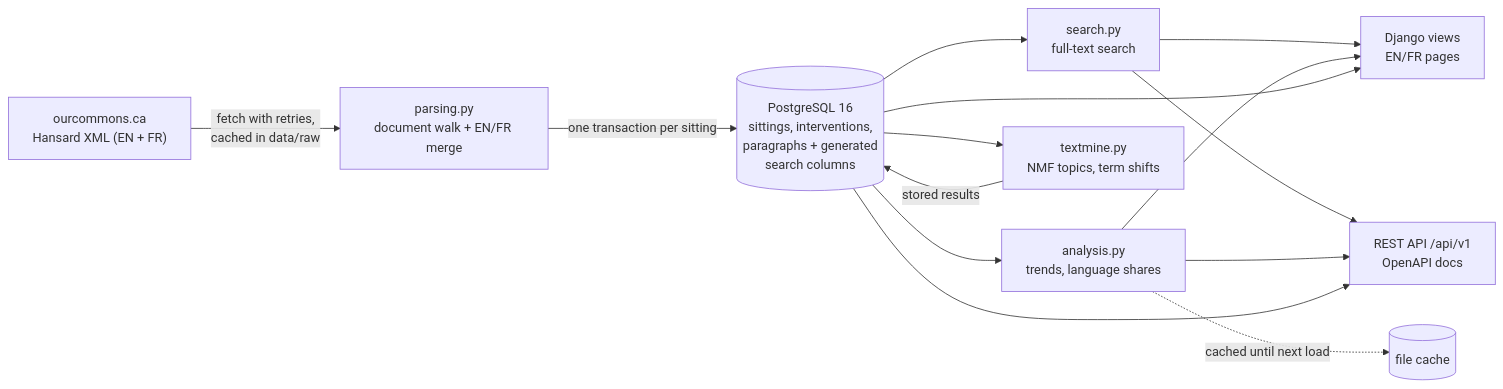
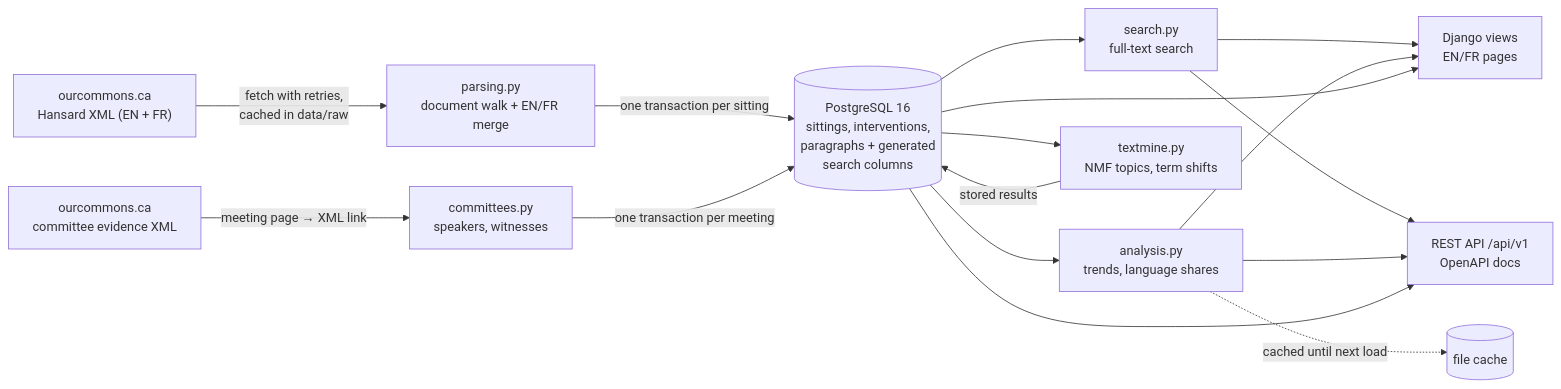
Before and after one commit to omarfaruqe/hansardlens: the first of 2 diagrams in docs/ARCHITECTURE.md, drawn with Mermaid. The commit also changed other lines of this file and 13 other files, not shown here.

````diff
--- a/docs/ARCHITECTURE.md
+++ b/docs/ARCHITECTURE.md
@@ -5,12 +5,14 @@
 ```mermaid
 flowchart LR
     H["ourcommons.ca<br/>Hansard XML (EN + FR)"] -->|fetch with retries,<br/>cached in data/raw| P["parsing.py<br/>document walk + EN/FR merge"]
     P -->|one transaction per sitting| DB[("PostgreSQL 16<br/>sittings, interventions,<br/>paragraphs + generated<br/>search columns")]
     DB --> S["search.py<br/>full-text search"]
     DB --> A["analysis.py<br/>trends, language shares"]
     DB --> T["textmine.py<br/>NMF topics, term shifts"]
     T -->|stored results| DB
     S & A & DB --> W["Django views<br/>EN/FR pages"]
     S & A & DB --> R["REST API /api/v1<br/>OpenAPI docs"]
     A -.->|cached until next load| C[("file cache")]
+    H2["ourcommons.ca<br/>committee evidence XML"] -->|meeting page → XML link| K["committees.py<br/>speakers, witnesses"]
+    K -->|one transaction per meeting| DB
 ```
````
